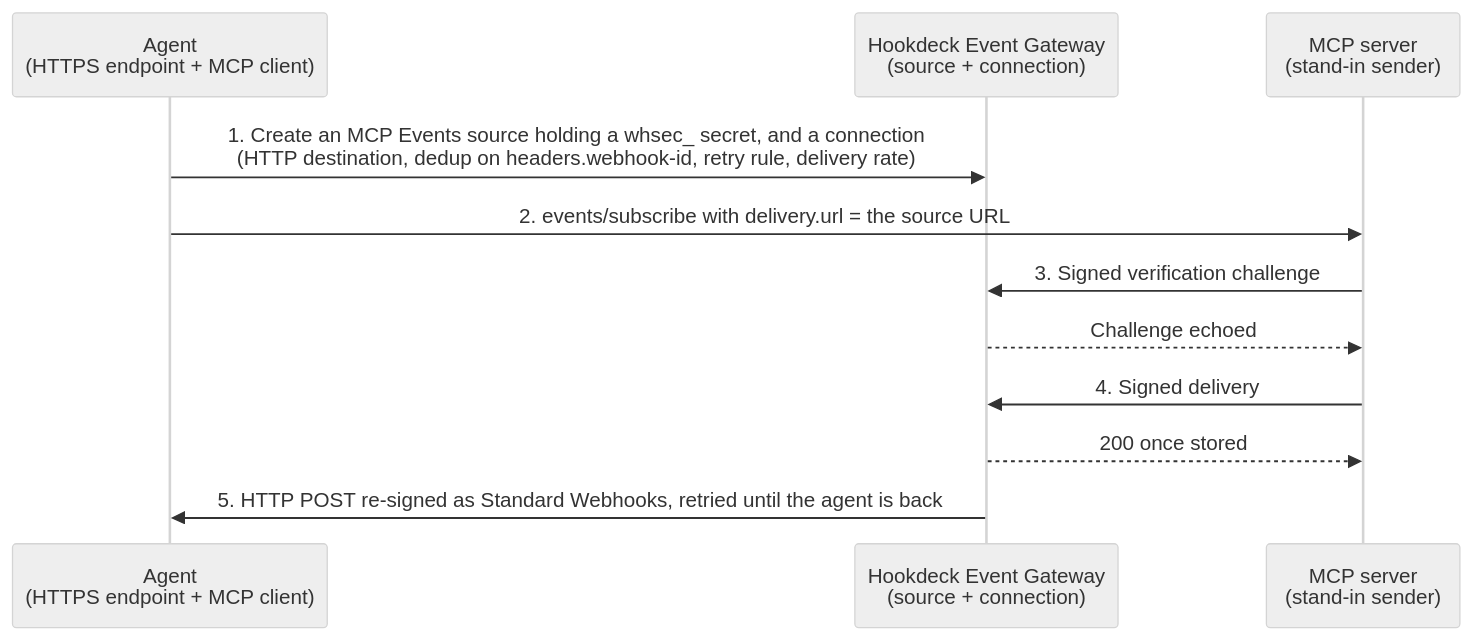
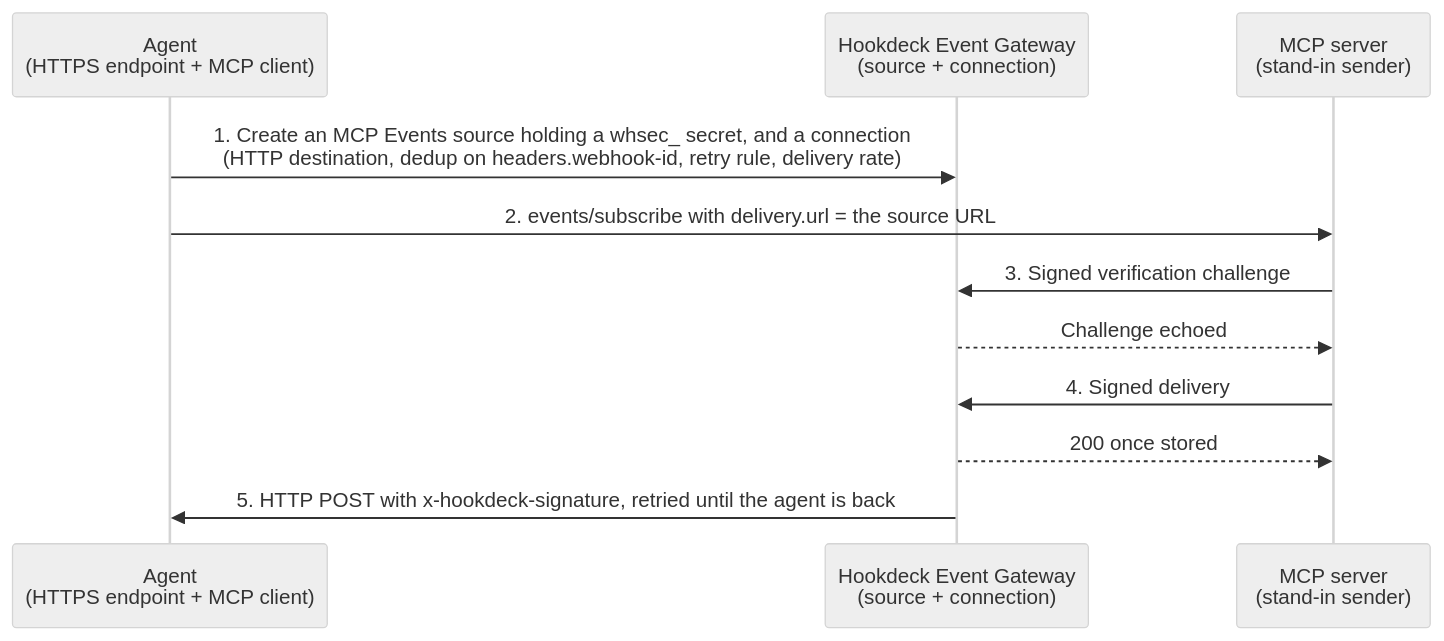
One commit to hookdeck/hookdeck-demos changed the third of 3 diagrams in hookdeck/mcp-events-forward-proxy/docs/PLAN.md. Above: the diagram before and after it, drawn with Mermaid (neutral theme). The commit also changed other lines of this file and 5 other files, not shown here.

Commit message:
mcp-events-forward-proxy: bring comments, docs and the subscribe caption in line with the Hookdeck signature default

````diff
--- a/hookdeck/mcp-events-forward-proxy/docs/PLAN.md
+++ b/hookdeck/mcp-events-forward-proxy/docs/PLAN.md
@@ -281,13 +281,13 @@
 ```mermaid
 sequenceDiagram
     participant AG as Agent<br>(HTTPS endpoint + MCP client)
     participant EG as Hookdeck Event Gateway<br>(source + connection)
     participant SRV as MCP server<br>(stand-in sender)
     AG->>EG: 1. Create an MCP Events source holding a whsec_ secret, and a connection<br>(HTTP destination, dedup on headers.webhook-id, retry rule, delivery rate)
     AG->>SRV: 2. events/subscribe with delivery.url = the source URL
     SRV->>EG: 3. Signed verification challenge
     EG-->>SRV: Challenge echoed
     SRV->>EG: 4. Signed delivery
     EG-->>SRV: 200 once stored
-    EG->>AG: 5. HTTP POST re-signed as Standard Webhooks, retried until the agent is back
+    EG->>AG: 5. HTTP POST with x-hookdeck-signature, retried until the agent is back
 ```
````
